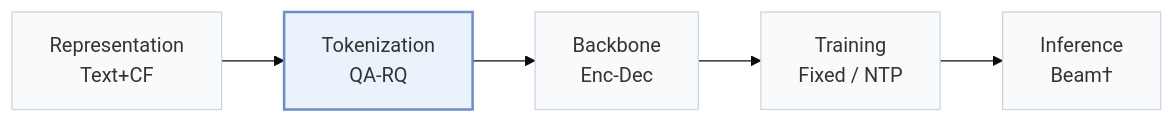
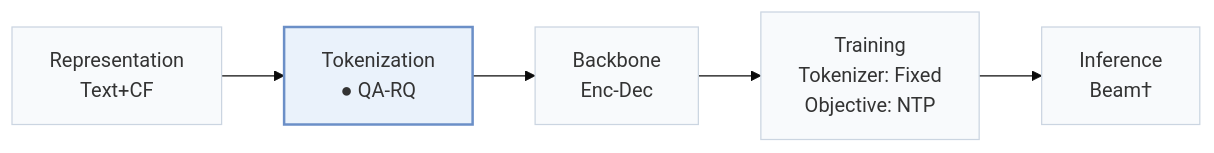
One commit to Galaxy-ghost/Awesome-SID-Generative-Rec changed the first of 2 diagrams in pages/papers/quasid.md. Above: the diagram before and after it, drawn with Mermaid (base theme). The commit also changed other lines of this file and 558 other files, not shown here.

````diff
--- a/pages/papers/quasid.md
+++ b/pages/papers/quasid.md
@@ -15,8 +18,8 @@
 ```mermaid
 flowchart LR
-    R["Representation<br/>Text+CF"] --> T["Tokenization<br/>QA-RQ"] --> B["Backbone<br/>Enc-Dec"] --> TR["Training<br/>Fixed / NTP"] --> I["Inference<br/>Beam†"]
+    R["Representation<br/>Text+CF"] --> T["Tokenization<br/>● QA-RQ"] --> B["Backbone<br/>Enc-Dec"] --> TR["Training<br/>Tokenizer: Fixed<br/>Objective: NTP"] --> I["Inference<br/>Beam†"]
     classDef base fill:#f8fafc,stroke:#cbd5e1
     class R,T,B,TR,I base
     classDef main fill:#eaf2fb,stroke:#6b8fc7,stroke-width:2px
     class T main
 ```
````
